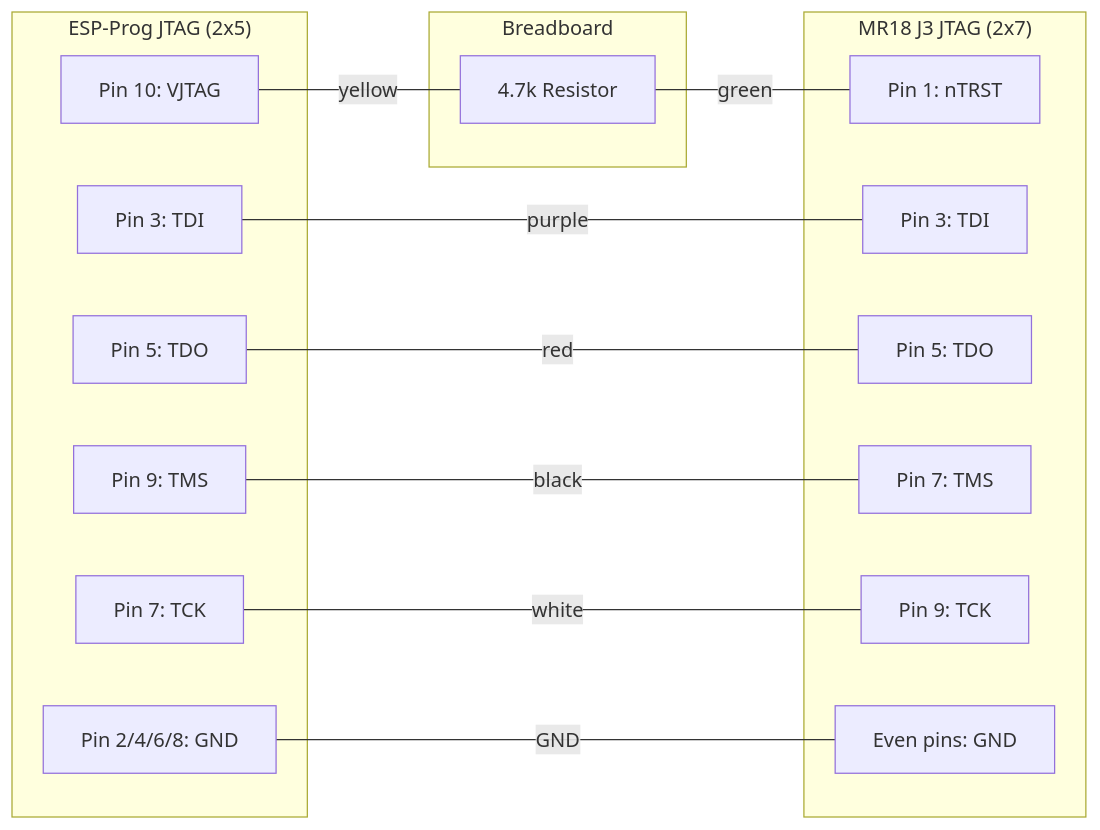
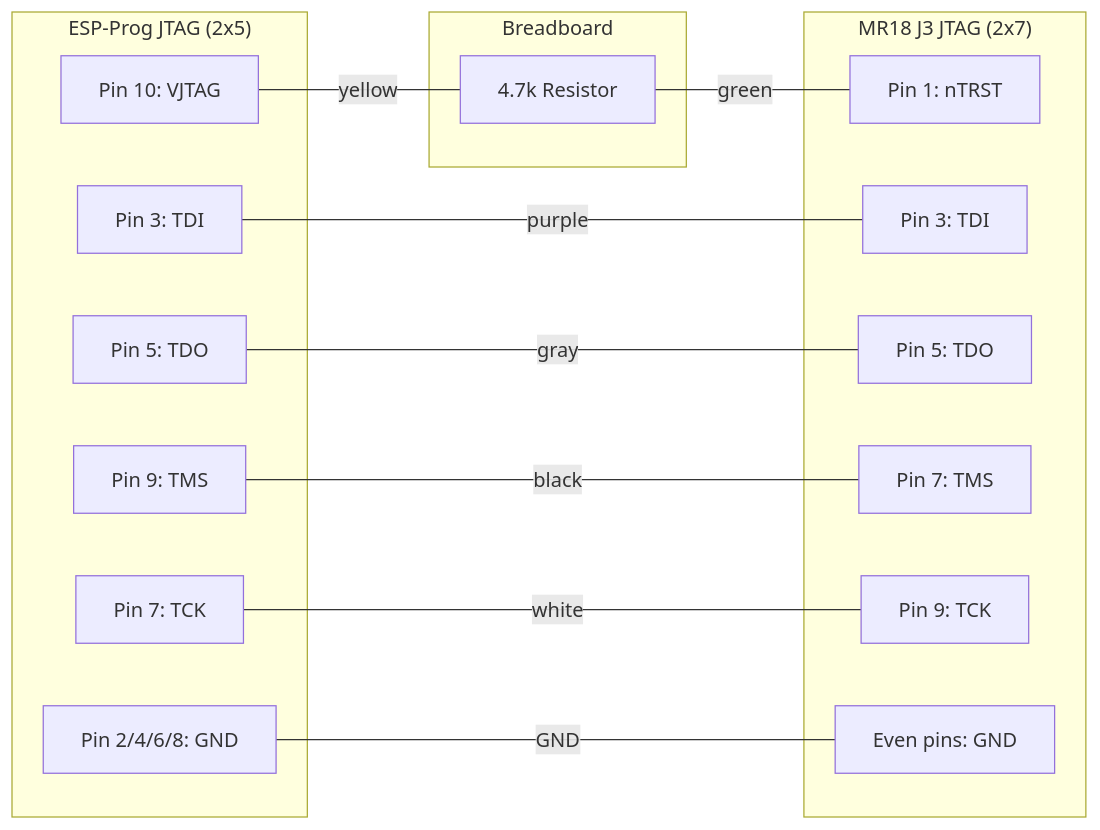
One commit to bsikar/mr18-openwrt changed the second of 3 diagrams in docs/guides/hardware-setup.md. Above: the diagram before and after it, drawn with Mermaid. The commit also changed other lines of this file and 2 other files, not shown here.

````diff
--- a/docs/guides/hardware-setup.md
+++ b/docs/guides/hardware-setup.md
@@ -180,31 +181,31 @@
 ```mermaid
 graph LR
     subgraph ESP["ESP-Prog JTAG (2x5)"]
         EP3["Pin 3: TDI"]
         EP5["Pin 5: TDO"]
         EP7["Pin 7: TCK"]
         EP9["Pin 9: TMS"]
         EP10["Pin 10: VJTAG"]
         EPG["Pin 2/4/6/8: GND"]
     end
 
     subgraph BB["Breadboard"]
         R1["4.7k Resistor"]
     end
 
     subgraph MR["MR18 J3 JTAG (2x7)"]
         MP1["Pin 1: nTRST"]
         MP3["Pin 3: TDI"]
         MP5["Pin 5: TDO"]
         MP7["Pin 7: TMS"]
         MP9["Pin 9: TCK"]
         MPG["Even pins: GND"]
     end
 
     EP3 -- "purple" --- MP3
-    EP5 -- "red" --- MP5
+    EP5 -- "gray" --- MP5
     EP9 -- "black" --- MP7
     EP7 -- "white" --- MP9
     EP10 -- "yellow" --- R1 -- "green" --- MP1
     EPG -- "GND" --- MPG
 ```
````
